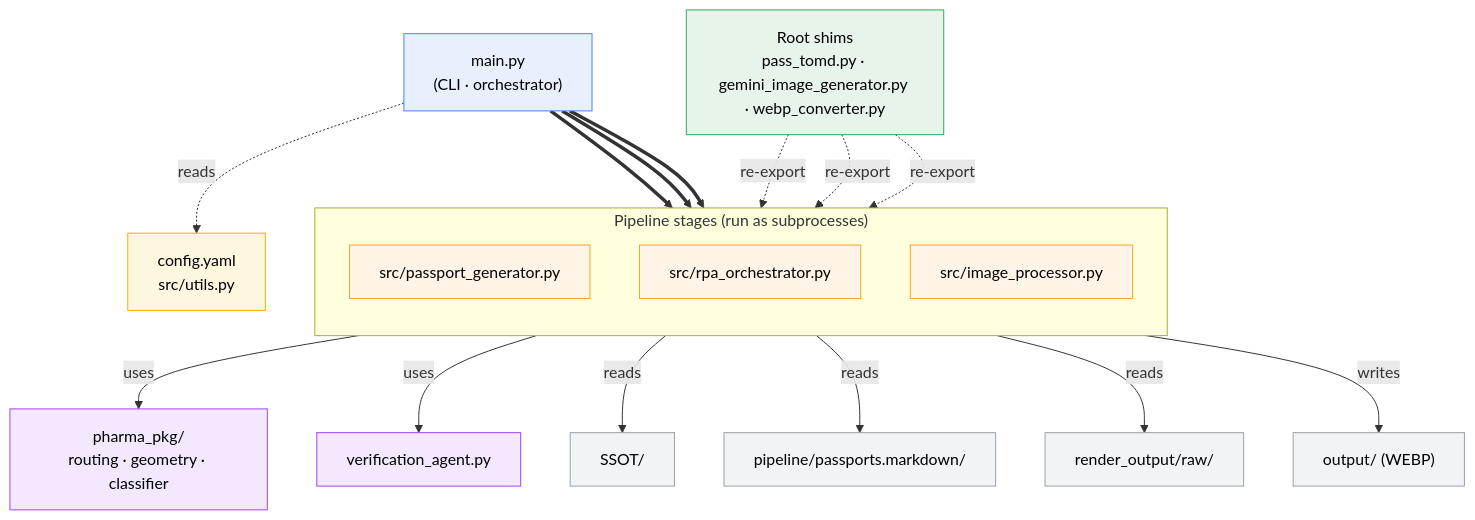
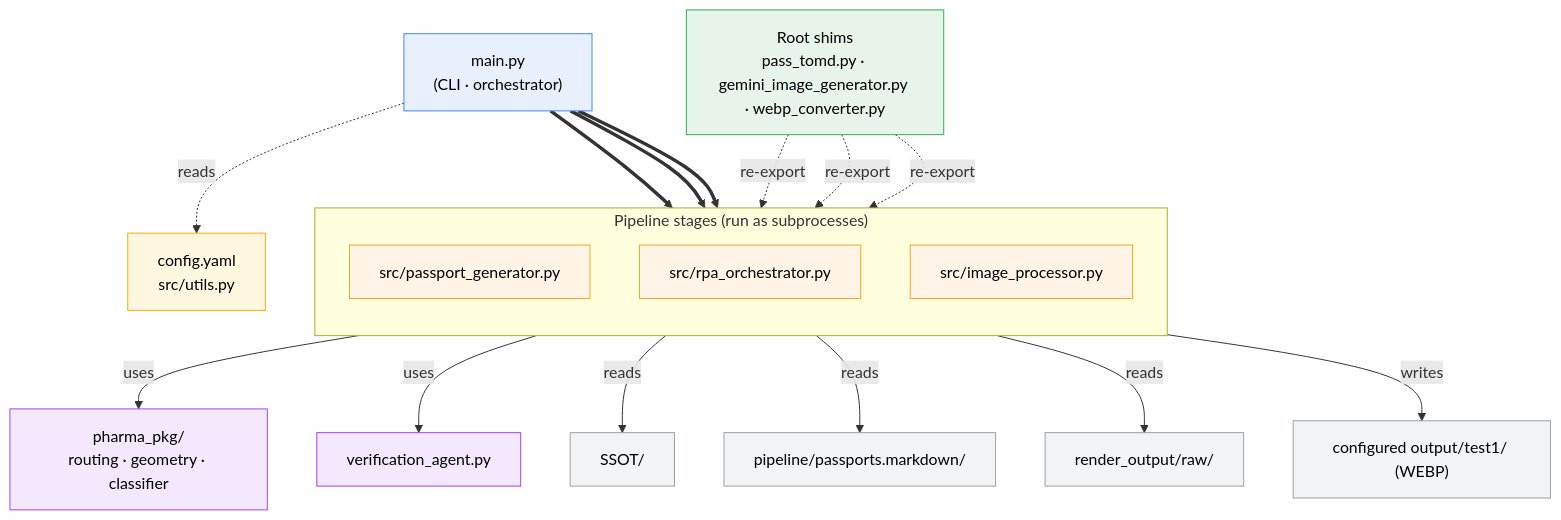
One commit to indexdeny/pharma_v2 changed the diagram in docs/diagrams/architecture.mmd. Above: the diagram before and after it, drawn with Mermaid. The commit also changed 34 other files, not shown here.

```diff
--- a/docs/diagrams/architecture.mmd
+++ b/docs/diagrams/architecture.mmd
@@ -1,36 +1,36 @@
 %% PharmaGen PRO — Component architecture & orchestration
 %% Render: mermaid-cli  ->  mmdc -i architecture.mmd -o ../images/architecture.svg
 flowchart TD
     CLI["main.py<br/>(CLI · orchestrator)"]:::entry
     CFG["config.yaml<br/>src/utils.py"]:::cfg
     CLI -. reads .-> CFG
 
     subgraph STAGES["Pipeline stages (run as subprocesses)"]
         direction TB
         P["src/passport_generator.py"]:::mod
         R["src/rpa_orchestrator.py"]:::mod
         I["src/image_processor.py"]:::mod
     end
 
     CLI ==> P
     CLI ==> R
     CLI ==> I
 
     P -- uses --> PKG["pharma_pkg/<br/>routing · geometry · classifier"]:::lib
     P -- uses --> VER["verification_agent.py"]:::lib
     P -- reads --> SSOT["SSOT/"]:::data
     R -- reads --> SSOTm["pipeline/passports.markdown/"]:::data
     I -- reads --> RAW["render_output/raw/"]:::data
-    I -- writes --> OUT["output/ (WEBP)"]:::data
+    I -- writes --> OUT["configured output/test1/ (WEBP)"]:::data
 
     SHIM["Root shims<br/>pass_tomd.py · gemini_image_generator.py · webp_converter.py"]:::shim
     SHIM -. re-export .-> P
     SHIM -. re-export .-> R
     SHIM -. re-export .-> I
 
     classDef entry fill:#e8f0fe,stroke:#4285f4,color:#000;
     classDef cfg fill:#fef7e0,stroke:#f9ab00,color:#000;
     classDef mod fill:#fff4e5,stroke:#f5a623,color:#000;
     classDef lib fill:#f3e8fd,stroke:#a142f4,color:#000;
     classDef data fill:#f1f3f4,stroke:#9aa0a6,color:#000;
     classDef shim fill:#e6f4ea,stroke:#34a853,color:#000;
```
